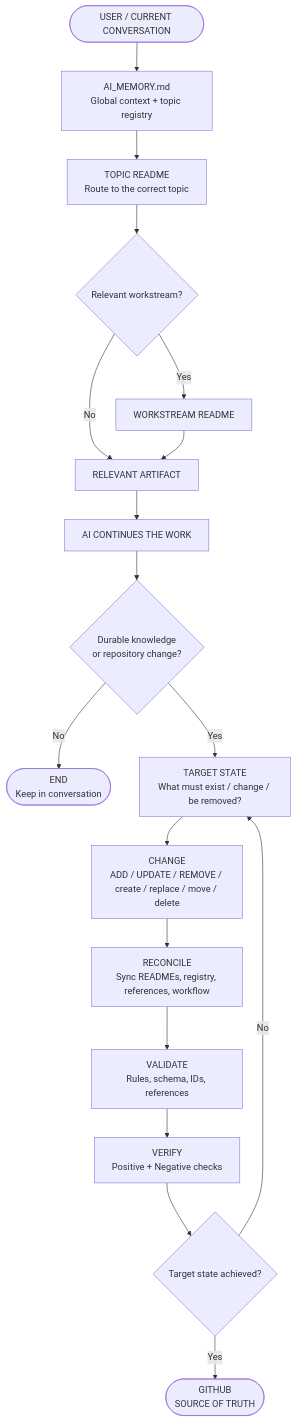
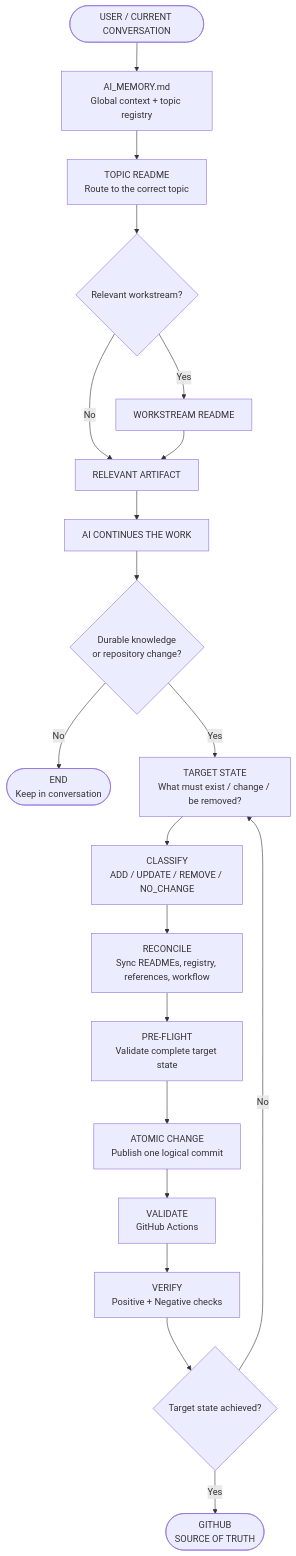
Before and after one commit to hiephnp-oos/Second-Brain: the diagram in README.md, drawn with Mermaid. The commit also changed other lines of this file and 12 other files, not shown here.

Commit message:
Add topic status and atomic mutation rules

````diff
--- a/README.md
+++ b/README.md
@@ -15,20 +15,22 @@
 ```mermaid
 flowchart TD
     A([USER / CURRENT CONVERSATION]) --> B[AI_MEMORY.md<br/>Global context + topic registry]
     B --> C[TOPIC README<br/>Route to the correct topic]
     C --> D{Relevant workstream?}
     D -- Yes --> E[WORKSTREAM README]
     D -- No --> F[RELEVANT ARTIFACT]
     E --> F
     F --> G[AI CONTINUES THE WORK]
     G --> H{Durable knowledge<br/>or repository change?}
     H -- No --> I([END<br/>Keep in conversation])
     H -- Yes --> J[TARGET STATE<br/>What must exist / change / be removed?]
-    J --> K[CHANGE<br/>ADD / UPDATE / REMOVE / create / replace / move / delete]
+    J --> K[CLASSIFY<br/>ADD / UPDATE / REMOVE / NO_CHANGE]
     K --> L[RECONCILE<br/>Sync READMEs, registry, references, workflow]
-    L --> M[VALIDATE<br/>Rules, schema, IDs, references]
-    M --> N[VERIFY<br/>Positive + Negative checks]
-    N --> O{Target state achieved?}
-    O -- No --> J
-    O -- Yes --> P([GITHUB<br/>SOURCE OF TRUTH])
+    L --> M[PRE-FLIGHT<br/>Validate complete target state]
+    M --> N[ATOMIC CHANGE<br/>Publish one logical commit]
+    N --> O[VALIDATE<br/>GitHub Actions]
+    O --> P[VERIFY<br/>Positive + Negative checks]
+    P --> Q{Target state achieved?}
+    Q -- No --> J
+    Q -- Yes --> R([GITHUB<br/>SOURCE OF TRUTH])
 ```
````
